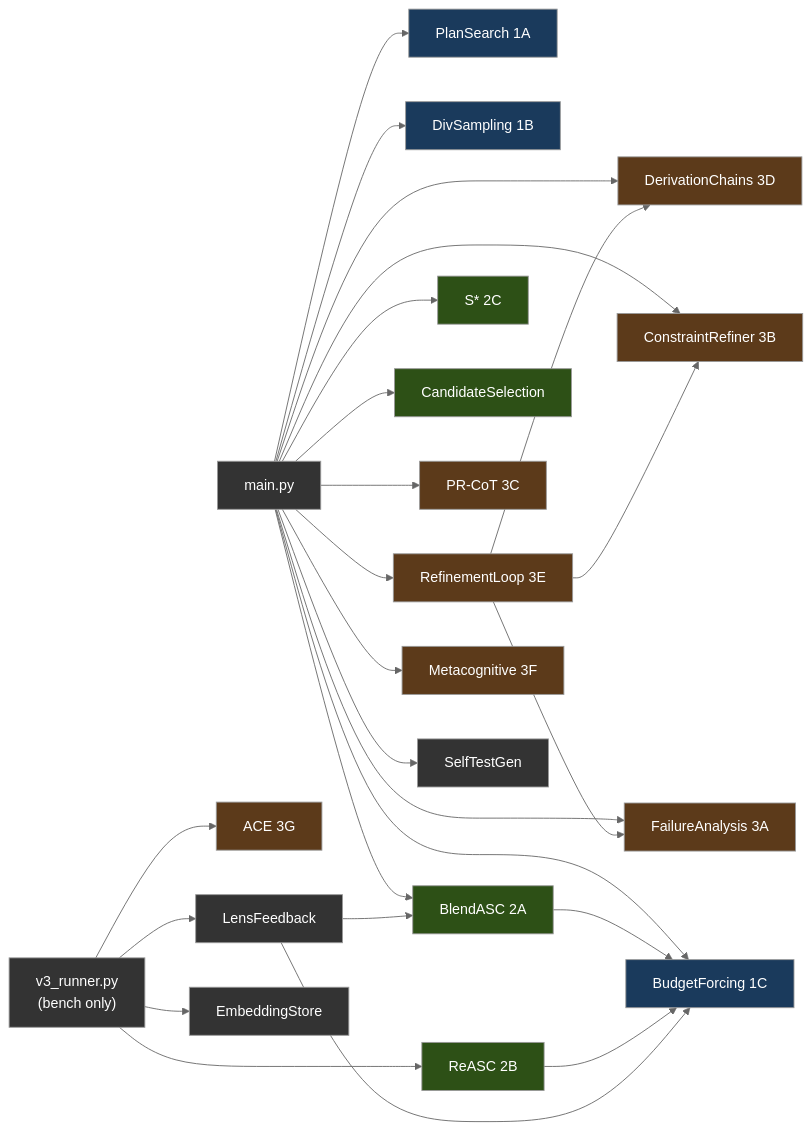
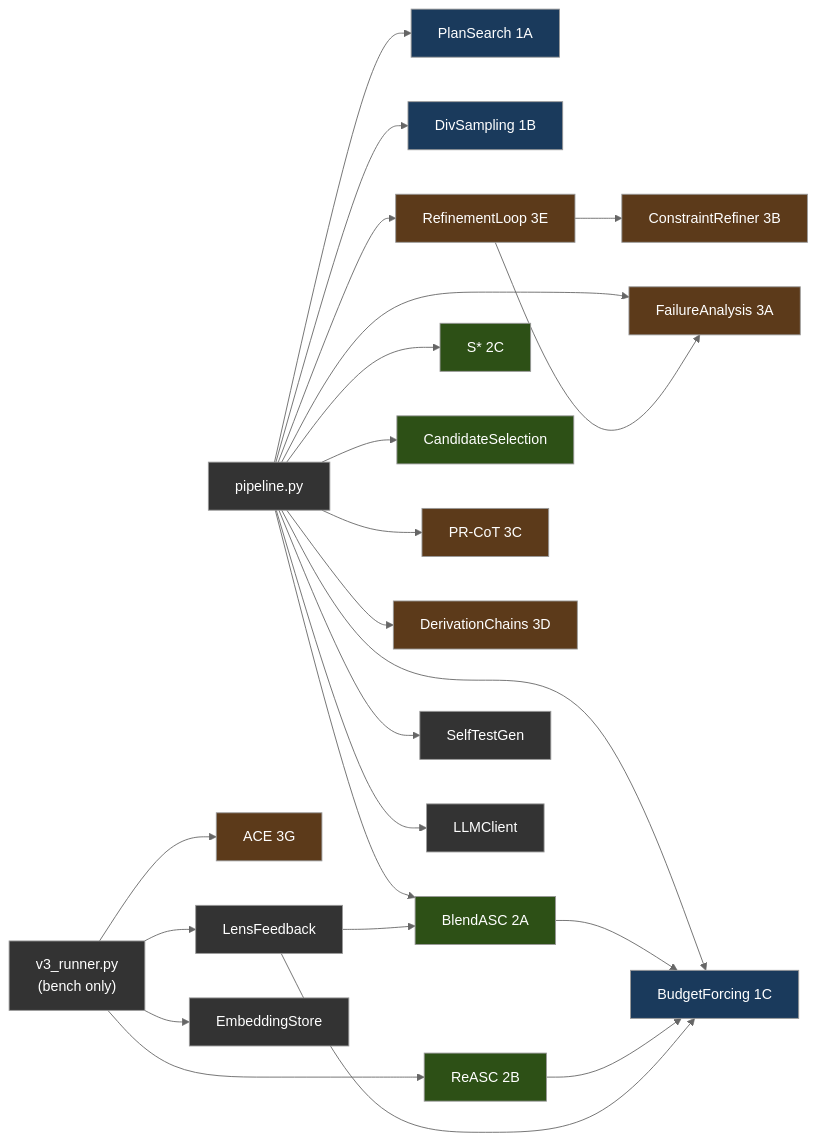
One commit to itigges22/ATLAS changed the fourth of 11 diagrams in docs/ARCHITECTURE.md. Above: the diagram before and after it, drawn with Mermaid (neutral theme). The commit also changed other lines of this file and 5 other files, not shown here.

````diff
--- a/docs/ARCHITECTURE.md
+++ b/docs/ARCHITECTURE.md
@@ -361,48 +356,46 @@
 ```mermaid
 graph LR
-    Main["main.py"] --> PS["PlanSearch 1A"]
+    Main["pipeline.py"] --> PS["PlanSearch 1A"]
     Main --> DS["DivSampling 1B"]
     Main --> BF["BudgetForcing 1C"]
     Main --> BASC["BlendASC 2A"]
     Bench["v3_runner.py\n(bench only)"] --> REASC["ReASC 2B"]
     Main --> SSTAR["S* 2C"]
     Main --> CS["CandidateSelection"]
     Main --> FA["FailureAnalysis 3A"]
-    Main --> CR["ConstraintRefiner 3B"]
     Main --> PRCOT["PR-CoT 3C"]
     Main --> DC["DerivationChains 3D"]
     Main --> RL["RefinementLoop 3E"]
-    Main --> MC["Metacognitive 3F"]
     Bench --> ACE["ACE 3G"]
     Main --> STG["SelfTestGen"]
+    Main --> LLM["LLMClient"]
     Bench --> LF["LensFeedback"]
     Bench --> ES["EmbeddingStore"]
 
     RL --> FA
-    RL --> CR
-    RL --> DC
+    RL --> CR["ConstraintRefiner 3B"]
     BASC --> BF
     REASC --> BF
     LF --> BASC
     LF --> BF
 
     style Main fill:#333,color:#fff
     style Bench fill:#333,color:#fff
     style PS fill:#1a3a5c,color:#fff
     style DS fill:#1a3a5c,color:#fff
     style BF fill:#1a3a5c,color:#fff
     style BASC fill:#2d5016,color:#fff
     style REASC fill:#2d5016,color:#fff
     style SSTAR fill:#2d5016,color:#fff
     style CS fill:#2d5016,color:#fff
     style FA fill:#5c3a1a,color:#fff
     style CR fill:#5c3a1a,color:#fff
     style PRCOT fill:#5c3a1a,color:#fff
     style DC fill:#5c3a1a,color:#fff
     style RL fill:#5c3a1a,color:#fff
-    style MC fill:#5c3a1a,color:#fff
     style ACE fill:#5c3a1a,color:#fff
     style STG fill:#333,color:#fff
+    style LLM fill:#333,color:#fff
     style LF fill:#333,color:#fff
     style ES fill:#333,color:#fff
 ```
````
